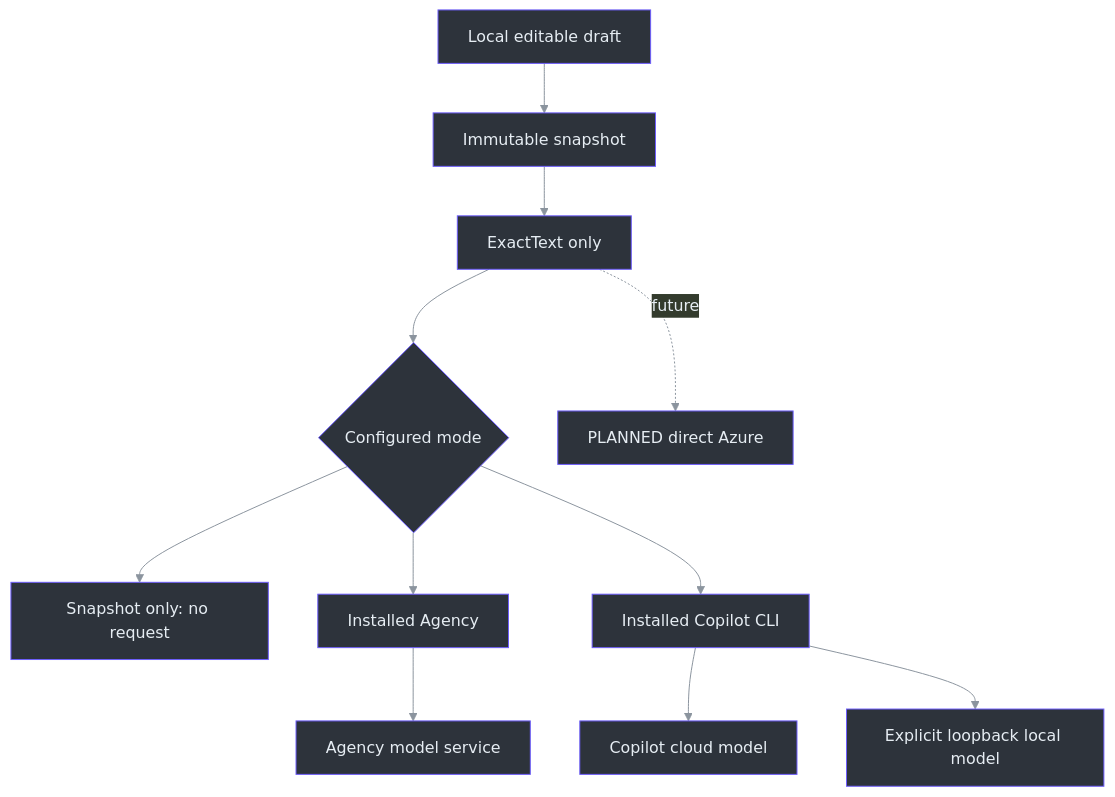
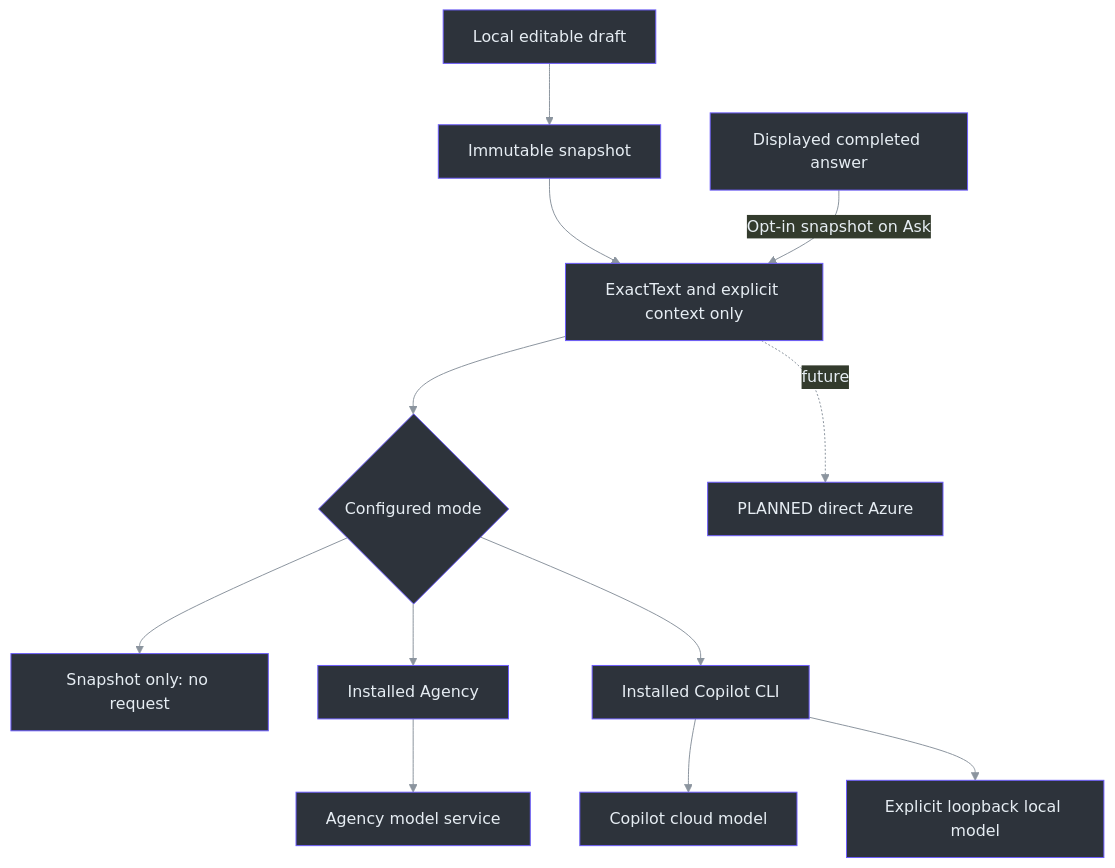
Before and after one commit to Zanark/phantom-fudge: the first of 2 diagrams in docs/ANSWER-PROVIDERS.md, drawn with Mermaid. The commit also changed other lines of this file and 129 other files, not shown here.

````diff
--- a/docs/ANSWER-PROVIDERS.md
+++ b/docs/ANSWER-PROVIDERS.md
@@ -210,24 +242,25 @@
 ```mermaid
 ---
 config:
   theme: base
   themeVariables:
     primaryColor: "#2d333b"
     primaryBorderColor: "#6d5dfc"
     primaryTextColor: "#e6edf3"
     lineColor: "#8b949e"
 ---
 flowchart TB
     accTitle: One question with an explicitly selected answer destination
-    accDescr: A snapshot feeds only ExactText to a provider. Snapshot-only, Copilot cloud and local model modes are distinct; a direct Azure adapter is future work.
+    accDescr: A snapshot supplies ExactText plus separately opted-in context to one selected provider. Snapshot-only never sends; direct Azure remains future work.
     Draft["Local editable draft"] --> Snapshot["Immutable snapshot"]
-    Snapshot --> Exact["ExactText only"]
+    Snapshot --> Exact["ExactText and explicit context only"]
+    Previous["Displayed completed answer"] -->|Opt-in snapshot on Ask| Exact
     Exact --> Choice{"Configured mode"}
     Choice --> NoSend["Snapshot only: no request"]
     Choice --> Agency["Installed Agency"]
     Agency --> Remote["Agency model service"]
     Choice --> CLI["Installed Copilot CLI"]
     CLI --> GitHub["Copilot cloud model"]
     CLI --> Local["Explicit loopback local model"]
     Exact -. future .-> Azure["PLANNED direct Azure"]
 ```
````
